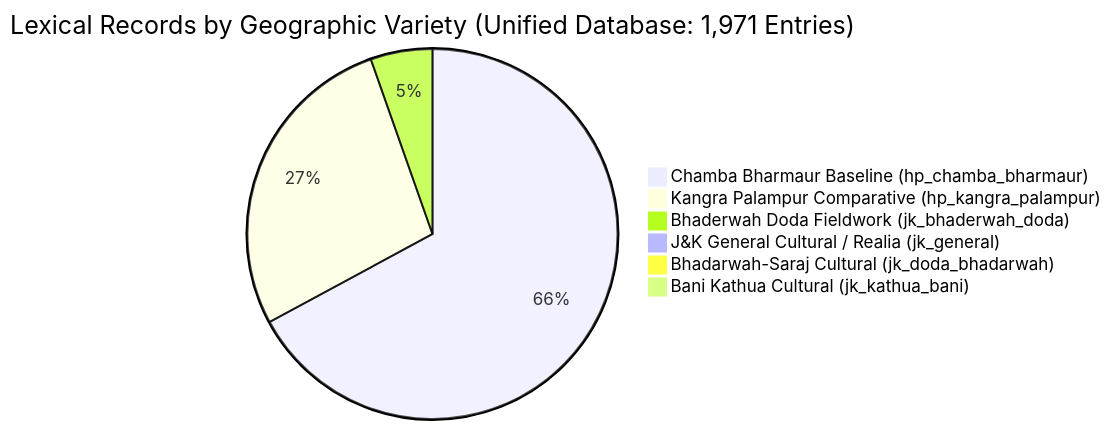
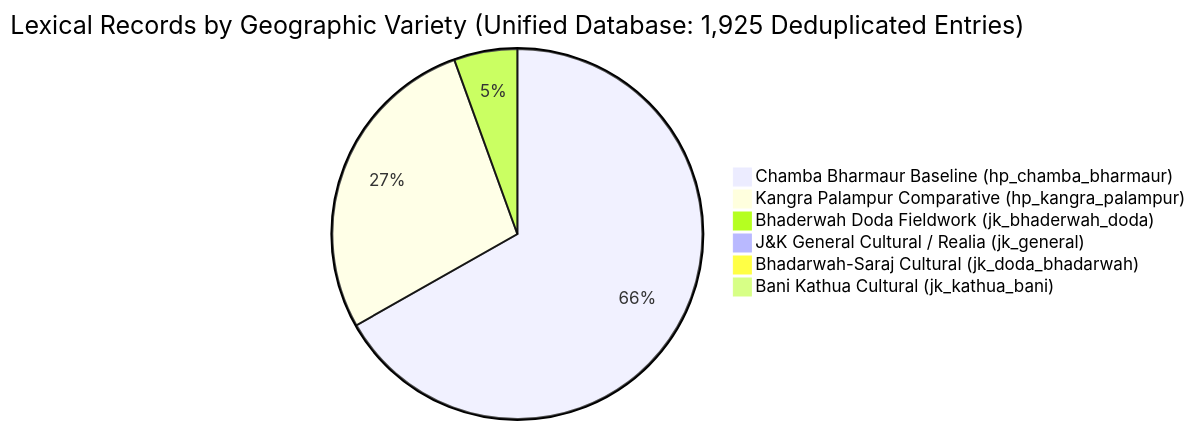
Before and after one commit to researchbuimb24-spec/Gaddi-Language-Language: the diagram in docs/PROJECT_AUDIT.md, drawn with Mermaid. The commit also changed other lines of this file and 40 other files, not shown here.

````diff
--- a/docs/PROJECT_AUDIT.md
+++ b/docs/PROJECT_AUDIT.md
@@ -152,9 +157,9 @@
 ```mermaid
-pie title Lexical Records by Geographic Variety (Unified Database: 1,971 Entries)
-    "Chamba Bharmaur Baseline (hp_chamba_bharmaur)" : 1306
-    "Kangra Palampur Comparative (hp_kangra_palampur)" : 535
+pie title Lexical Records by Geographic Variety (Unified Database: 1,925 Deduplicated Entries)
+    "Chamba Bharmaur Baseline (hp_chamba_bharmaur)" : 1269
+    "Kangra Palampur Comparative (hp_kangra_palampur)" : 526
     "Bhaderwah Doda Fieldwork (jk_bhaderwah_doda)" : 105
     "J&K General Cultural / Realia (jk_general)" : 16
     "Bhadarwah-Saraj Cultural (jk_doda_bhadarwah)" : 6
     "Bani Kathua Cultural (jk_kathua_bani)" : 3
 ```
````
